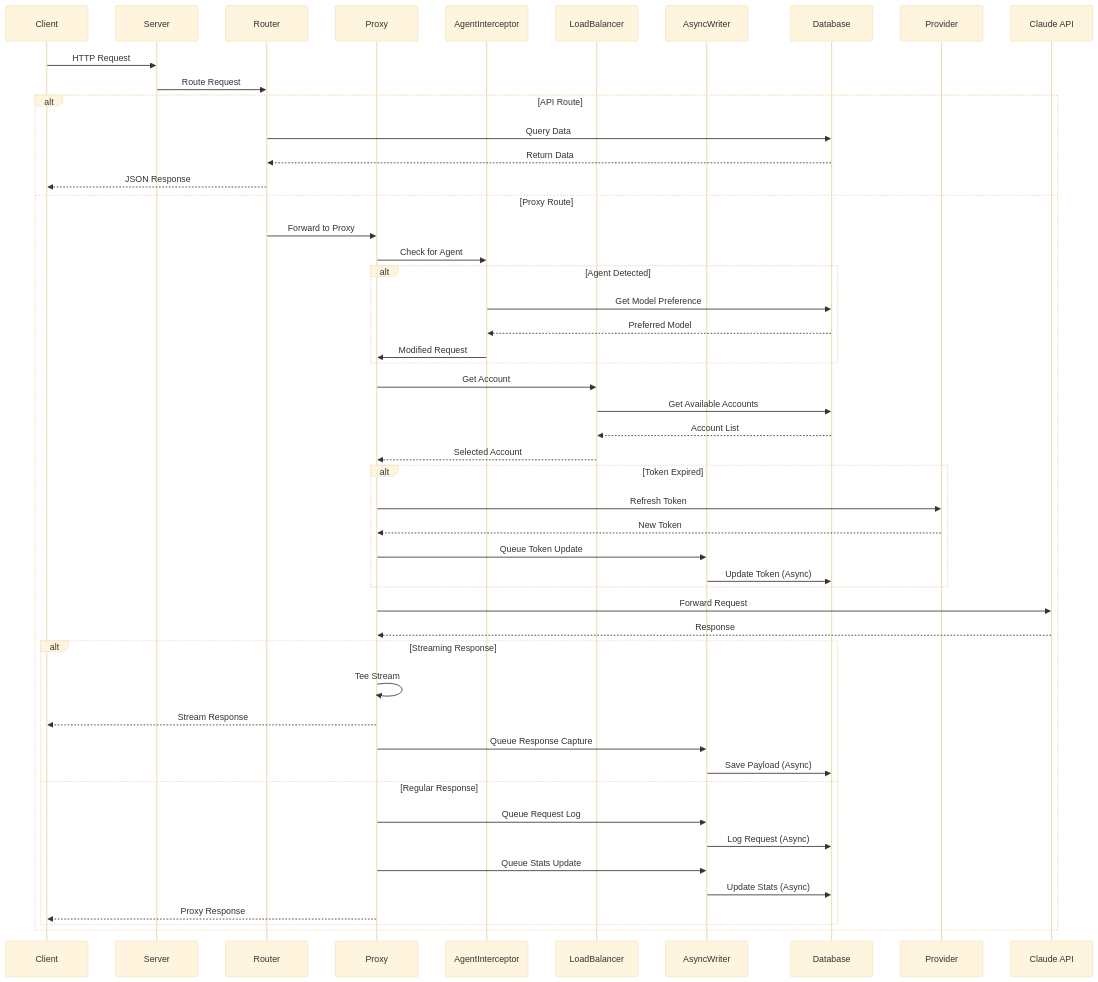
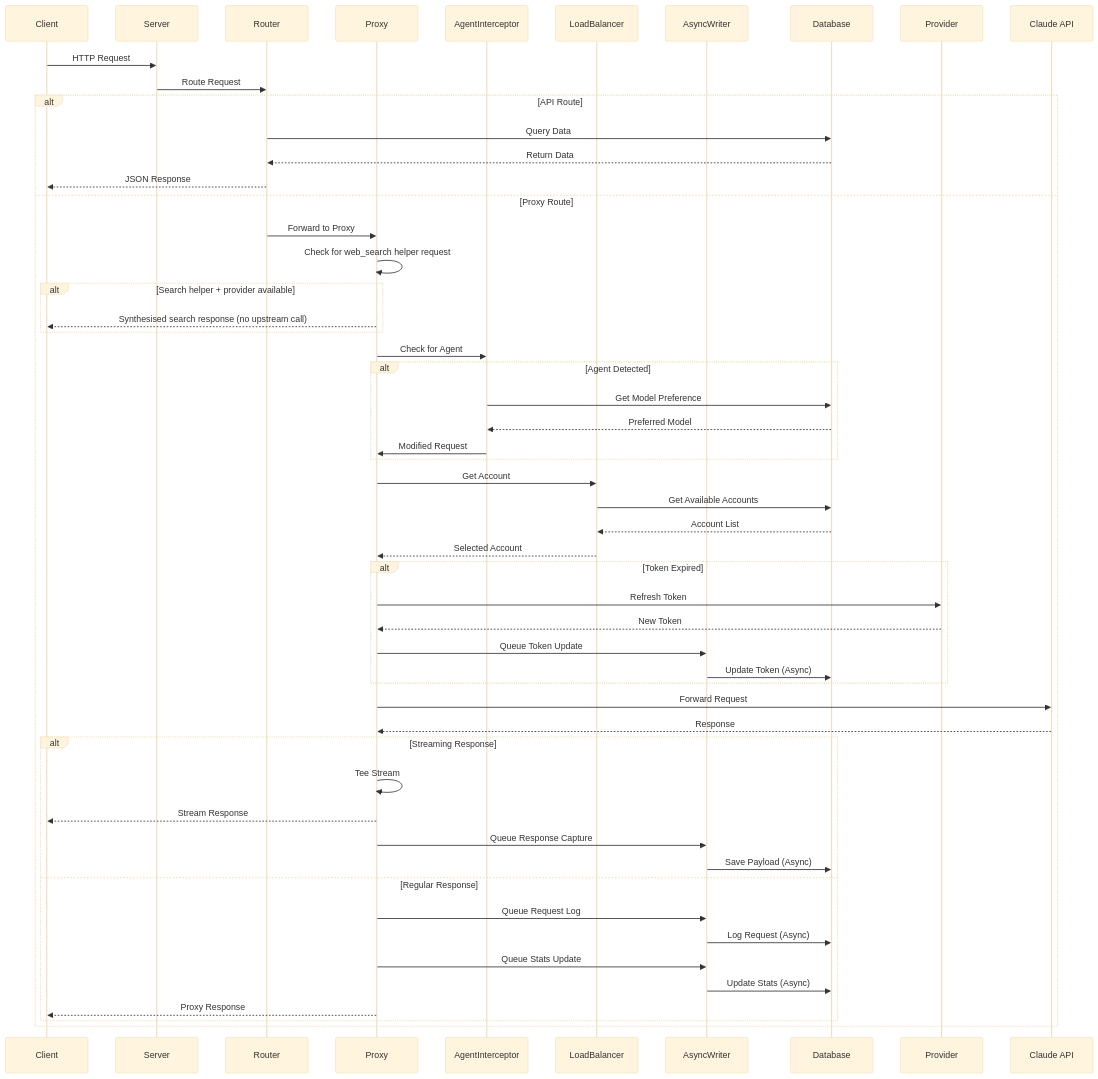
One commit to tombii/better-ccflare changed diagram 20 of 25 in docs/architecture.md. Above: the diagram before and after it, drawn with Mermaid (base theme). The commit also changed other lines of this file and 6 other files, not shown here.

First line of the commit message:
docs: document local web search interception

````diff
--- a/docs/architecture.md
+++ b/docs/architecture.md
@@ -1072,59 +1078,63 @@
 ```mermaid
 sequenceDiagram
     participant Client
     participant Server
     participant Router
     participant Proxy
     participant AgentInterceptor
     participant LoadBalancer
     participant AsyncWriter
     participant Database
     participant Provider
     participant Claude API
     
     Client->>Server: HTTP Request
     Server->>Router: Route Request
     
     alt API Route
         Router->>Database: Query Data
         Database-->>Router: Return Data
         Router-->>Client: JSON Response
     else Proxy Route
         Router->>Proxy: Forward to Proxy
+        Proxy->>Proxy: Check for web_search helper request
+        alt Search helper + provider available
+            Proxy-->>Client: Synthesised search response (no upstream call)
+        end
         Proxy->>AgentInterceptor: Check for Agent
         
         alt Agent Detected
             AgentInterceptor->>Database: Get Model Preference
             Database-->>AgentInterceptor: Preferred Model
             AgentInterceptor->>Proxy: Modified Request
         end
         
         Proxy->>LoadBalancer: Get Account
         LoadBalancer->>Database: Get Available Accounts
         Database-->>LoadBalancer: Account List
         LoadBalancer-->>Proxy: Selected Account
         
         alt Token Expired
             Proxy->>Provider: Refresh Token
             Provider-->>Proxy: New Token
             Proxy->>AsyncWriter: Queue Token Update
             AsyncWriter->>Database: Update Token (Async)
         end
         
         Proxy->>Claude API: Forward Request
         Claude API-->>Proxy: Response
         
         alt Streaming Response
             Proxy->>Proxy: Tee Stream
             Proxy-->>Client: Stream Response
             Proxy->>AsyncWriter: Queue Response Capture
             AsyncWriter->>Database: Save Payload (Async)
         else Regular Response
             Proxy->>AsyncWriter: Queue Request Log
             AsyncWriter->>Database: Log Request (Async)
             Proxy->>AsyncWriter: Queue Stats Update
             AsyncWriter->>Database: Update Stats (Async)
             Proxy-->>Client: Proxy Response
         end
     end
 ```
````
